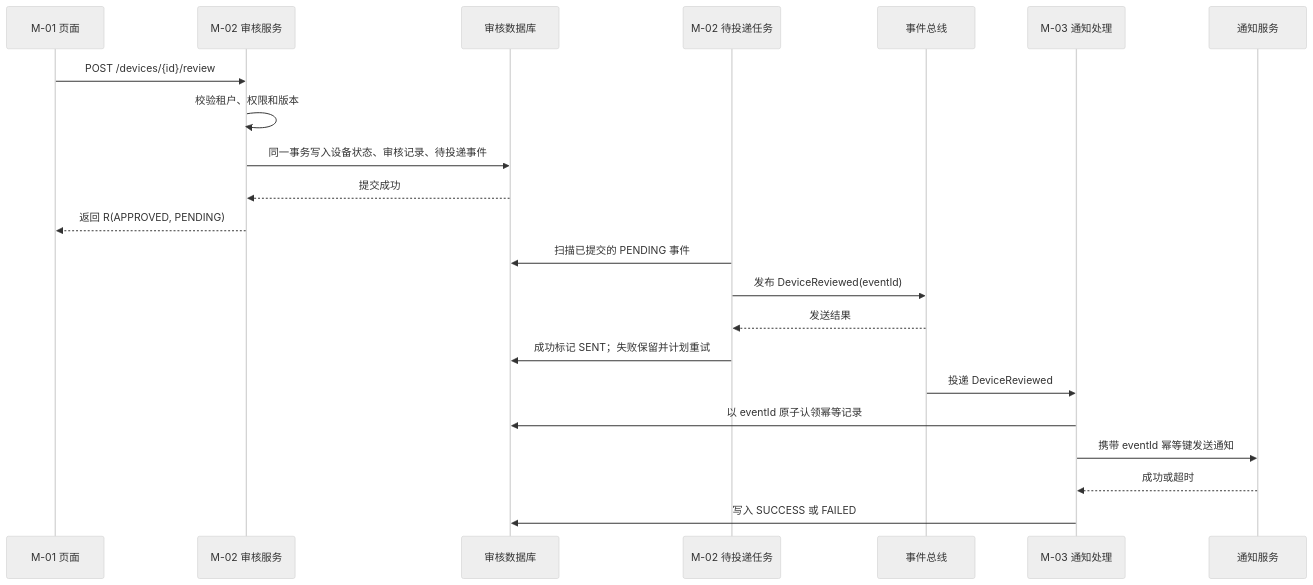
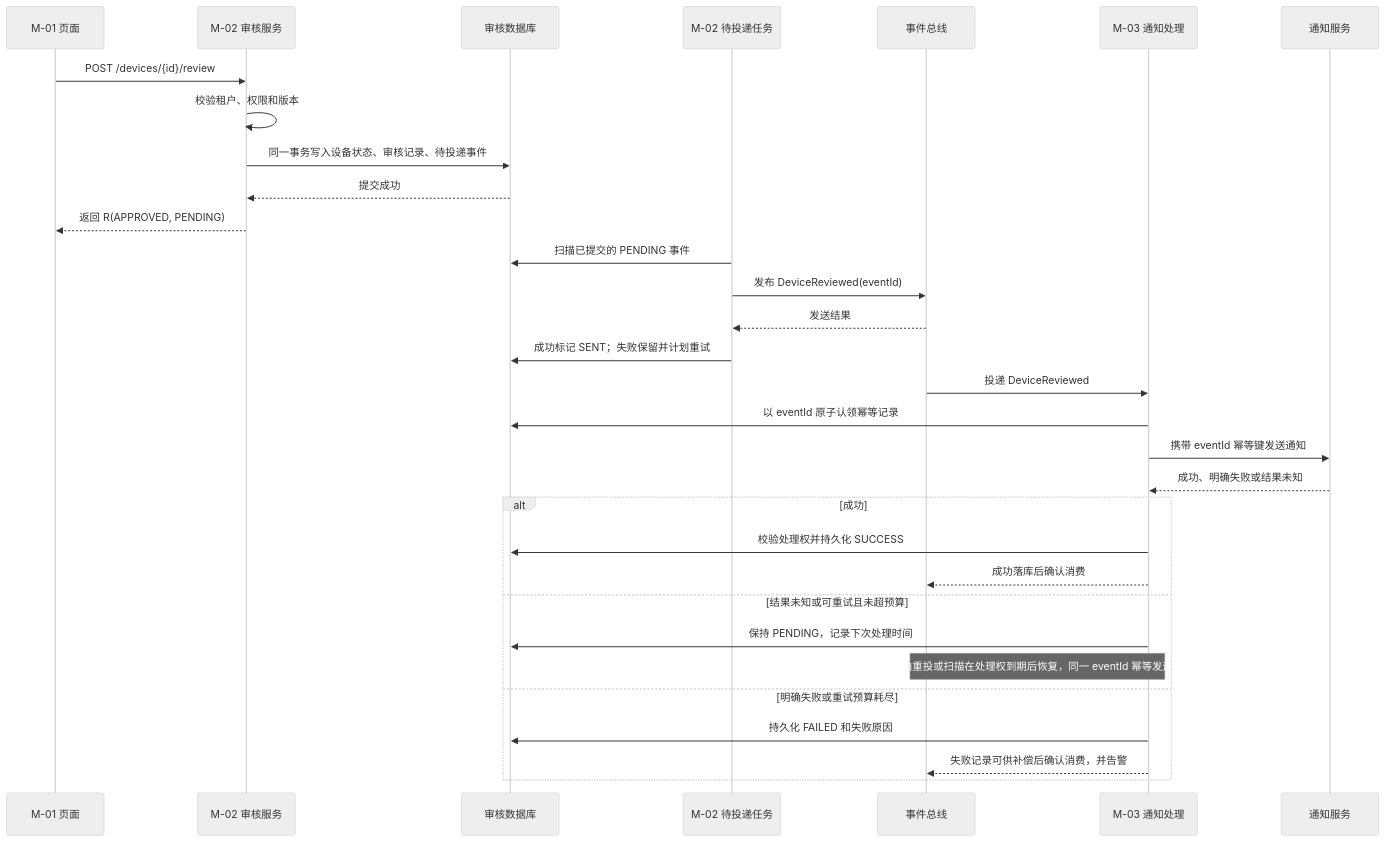
One commit to kj8686745/aura-skills-release changed the third of 3 diagrams in skills/aura-base-backend-development/references/standards/02-详细设计规范/03-技术详细设计文档示例-设备审核通知.md. Above: the diagram before and after it, drawn with Mermaid (neutral theme). The commit also changed other lines of this file and 151 other files, not shown here.

````diff
--- a/skills/aura-base-backend-development/references/standards/02-详细设计规范/03-技术详细设计文档示例-设备审核通知.md
+++ b/skills/aura-base-backend-development/references/standards/02-详细设计规范/03-技术详细设计文档示例-设备审核通知.md
@@ -303,24 +328,33 @@
 ```mermaid
 sequenceDiagram
     participant P as M-01 页面
     participant S as M-02 审核服务
     participant DB as 审核数据库
     participant D as M-02 待投递任务
     participant Q as 事件总线
     participant N as M-03 通知处理
     participant T as 通知服务
     P->>S: POST /devices/{id}/review
     S->>S: 校验租户、权限和版本
     S->>DB: 同一事务写入设备状态、审核记录、待投递事件
     DB-->>S: 提交成功
     S-->>P: 返回 R(APPROVED, PENDING)
     D->>DB: 扫描已提交的 PENDING 事件
     D->>Q: 发布 DeviceReviewed(eventId)
     Q-->>D: 发送结果
     D->>DB: 成功标记 SENT；失败保留并计划重试
     Q->>N: 投递 DeviceReviewed
     N->>DB: 以 eventId 原子认领幂等记录
     N->>T: 携带 eventId 幂等键发送通知
-    T-->>N: 成功或超时
-    N->>DB: 写入 SUCCESS 或 FAILED
+    T-->>N: 成功、明确失败或结果未知
+    alt 成功
+        N->>DB: 校验处理权并持久化 SUCCESS
+        N-->>Q: 成功落库后确认消费
+    else 结果未知或可重试且未超预算
+        N->>DB: 保持 PENDING，记录下次处理时间
+        Note over N,Q: 由重投或扫描在处理权到期后恢复，同一 eventId 幂等发送
+    else 明确失败或重试预算耗尽
+        N->>DB: 持久化 FAILED 和失败原因
+        N-->>Q: 失败记录可供补偿后确认消费，并告警
+    end
 ```
````
